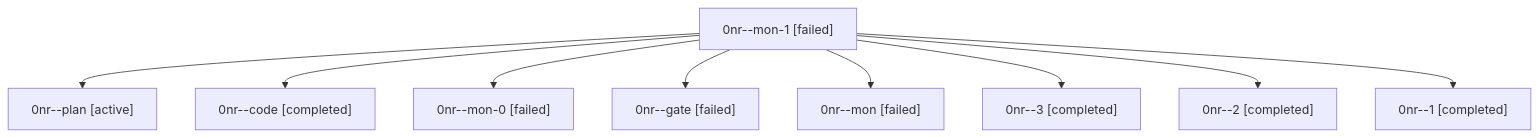
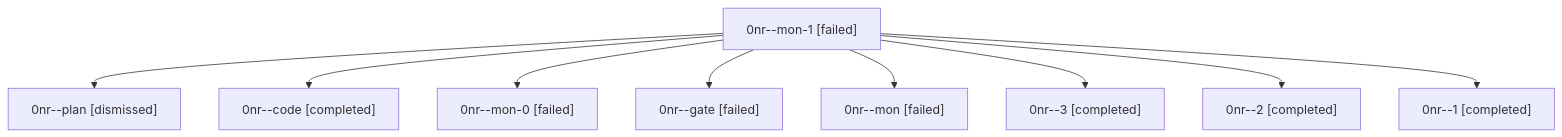
One commit to sase-org/sase--agents changed the diagram in sessions/bbugyi200.athena.0nr.md. Above: the diagram before and after it, drawn with Mermaid. The commit also changed other lines of this file and 36 other files, not shown here.

````diff
--- a/sessions/bbugyi200.athena.0nr.md
+++ b/sessions/bbugyi200.athena.0nr.md
@@ -9,20 +9,20 @@
 ```mermaid
 flowchart TD
   n0["0nr--mon-1 [failed]"]
-  n1["0nr--plan [active]"]
+  n1["0nr--plan [dismissed]"]
   n0 --> n1
   n2["0nr--code [completed]"]
   n0 --> n2
   n3["0nr--mon-0 [failed]"]
   n0 --> n3
   n4["0nr--gate [failed]"]
   n0 --> n4
   n5["0nr--mon [failed]"]
   n0 --> n5
   n6["0nr--3 [completed]"]
   n0 --> n6
   n7["0nr--2 [completed]"]
   n0 --> n7
   n8["0nr--1 [completed]"]
   n0 --> n8
 ```
````
